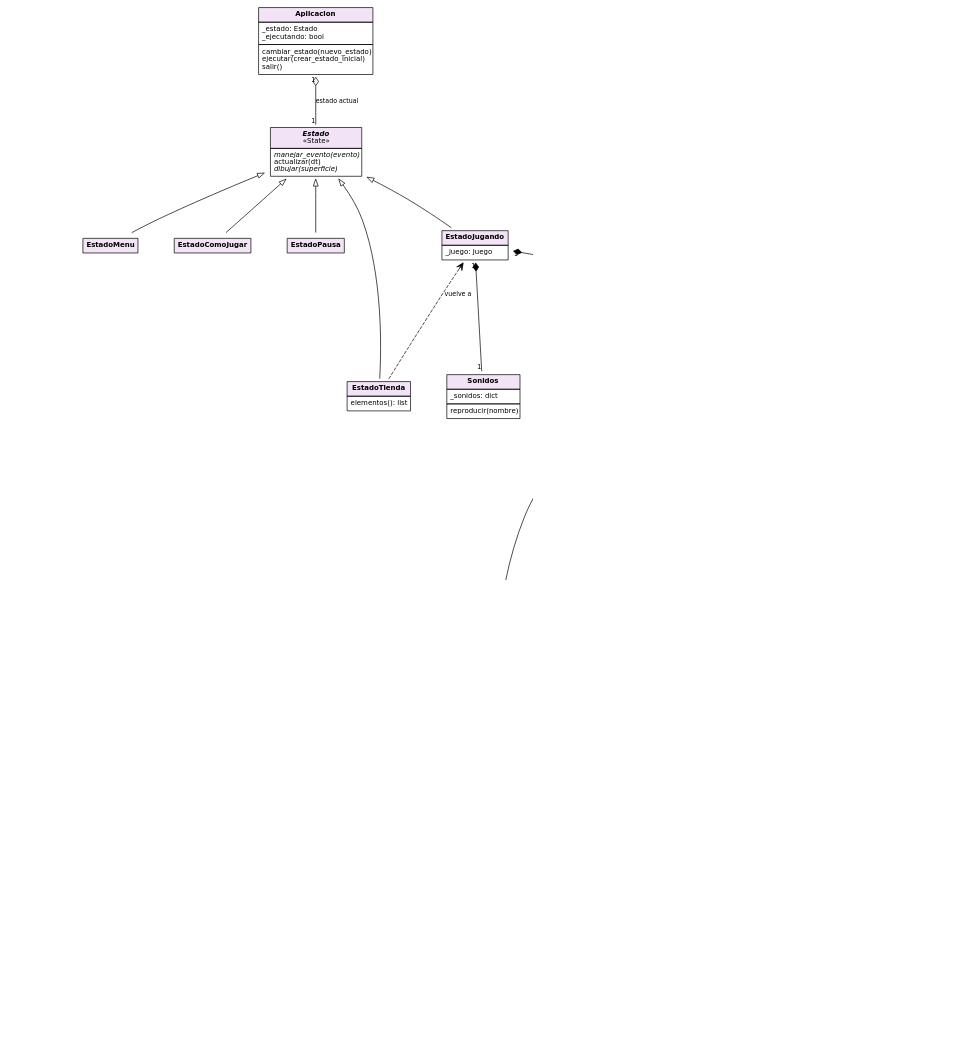
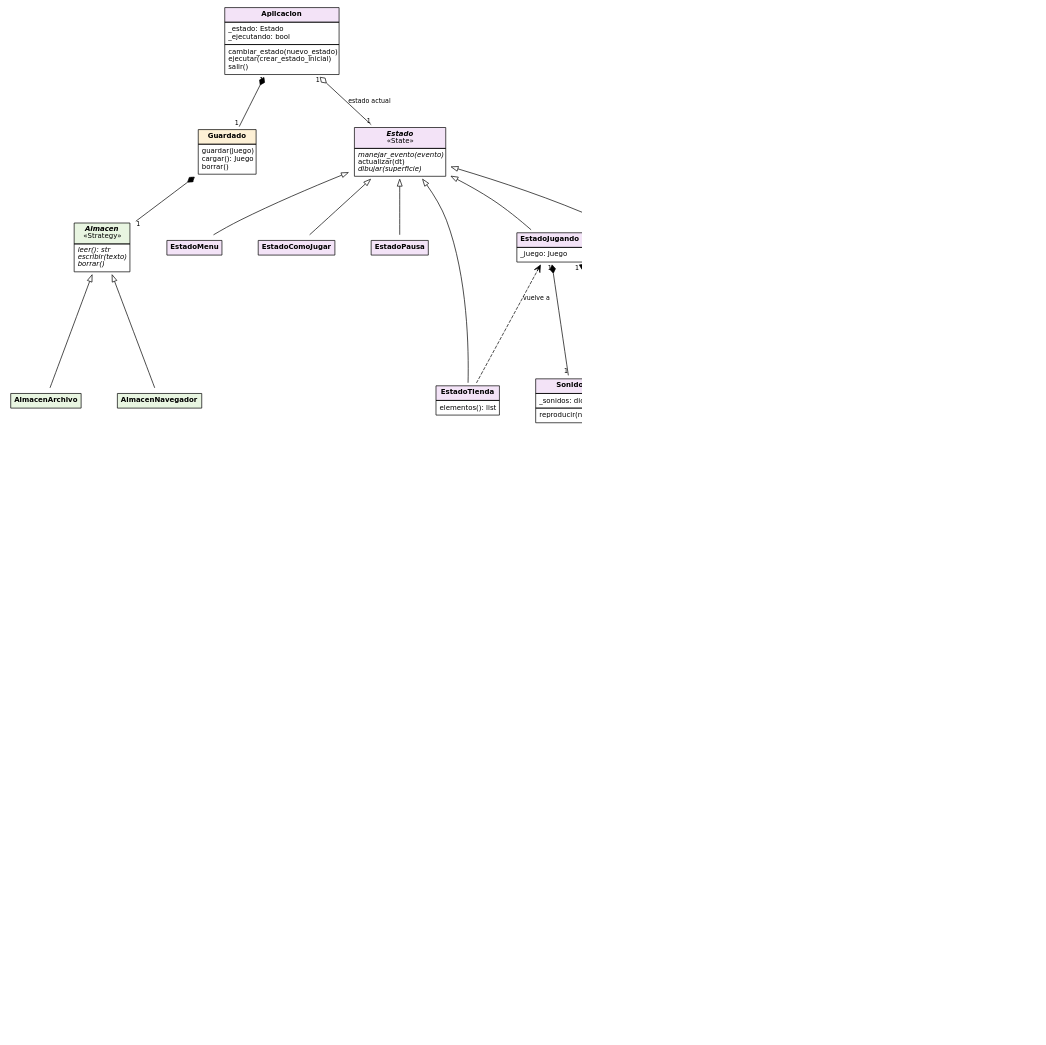
One commit to mastercelta/lpa1-taller-videojuegos changed the diagram in docs/diagrama_clases.dot. Above: the diagram before and after it, drawn with Graphviz. The commit also changed 2 other files, not shown here.

Commit message:
diagrama y README: EstadoIntro, Guardado y almacenes (Strategy)
Claude-Session: https://claude.ai/code/session_012rGapGVKsZqid5Cvb7fXWu

```diff
--- a/docs/diagrama_clases.dot
+++ b/docs/diagrama_clases.dot
@@ -1,116 +1,123 @@
 digraph Clases {
     graph [rankdir=BT, splines=true, nodesep=0.5, ranksep=0.8, fontname="DejaVu Sans", dpi=130];
     node  [shape=plaintext, fontname="DejaVu Sans", fontsize=10];
     edge  [fontname="DejaVu Sans", fontsize=9];
 
     Entidad [label=<<table border="0" cellborder="1" cellspacing="0" cellpadding="4">
         <tr><td bgcolor="#dae6f8"><i><b>Entidad</b></i><br/>«abstracta»</td></tr>
         <tr><td align="left">_nombre: str<br align="left"/>_vida: int<br align="left"/>_ataque: int<br align="left"/>_defensa: int<br align="left"/>_x, _y: int<br align="left"/>_direccion: str<br align="left"/></td></tr>
         <tr><td align="left">mover(dx, dy)<br align="left"/>mirar(dx, dy)<br align="left"/>recibir_daño(cantidad): int<br align="left"/>curar(cantidad)<br align="left"/>esta_vivo(): bool<br align="left"/>intentar_esquivar(probabilidad): bool<br align="left"/><i>describir(): str</i><br align="left"/></td></tr></table>>];
 
     Personaje [label=<<table border="0" cellborder="1" cellspacing="0" cellpadding="4">
         <tr><td bgcolor="#dae6f8"><b>Personaje</b></td></tr>
         <tr><td align="left">_nivel: int<br align="left"/>_experiencia: int<br align="left"/>_inventario: list[Objeto]<br align="left"/>_puntos_commit: int<br align="left"/>_armamento_equipado: list[Armamento]<br align="left"/>_puntos_commit_ganados: int<br align="left"/></td></tr>
         <tr><td align="left">recolectar(objeto)<br align="left"/>ganar_experiencia(cantidad): bool<br align="left"/>ganar_puntos_commit(cantidad)<br align="left"/>gastar_puntos_commit(cantidad): bool<br align="left"/>equipar(armamento)<br align="left"/>describir(): str<br align="left"/></td></tr></table>>];
 
     Enemigo [label=<<table border="0" cellborder="1" cellspacing="0" cellpadding="4">
         <tr><td bgcolor="#dae6f8"><b>Enemigo</b></td></tr>
         <tr><td align="left">_tipo: str<br align="left"/>_experiencia_otorgada: int<br align="left"/>_puntos_commit_otorgados: int<br align="left"/>_comportamiento: Comportamiento<br align="left"/></td></tr>
         <tr><td align="left">comportamiento_por_defecto(): Comportamiento<br align="left"/>vuela(): bool<br align="left"/>describir(): str<br align="left"/></td></tr></table>>];
 
     EnemigoBug [label=<<table border="0" cellborder="1" cellspacing="0" cellpadding="4">
         <tr><td bgcolor="#dae6f8"><b>EnemigoBug</b></td></tr>
         <tr><td align="left">DEBILIDAD: str<br align="left"/></td></tr>
         <tr><td align="left">es_debil_contra(nombre_arma): bool<br align="left"/></td></tr></table>>];
 
     Bugs [label=<<table border="0" cellborder="1" cellspacing="0" cellpadding="4">
         <tr><td bgcolor="#dae6f8"><b>EnemigoNullPointer · EnemigoBucleInfinito<br/>EnemigoVariableGlobal · EnemigoMemoryLeak</b></td></tr>
         <tr><td align="left">DEBILIDAD heredada o sobrescrita<br align="left"/></td></tr></table>>];
 
     EnemigoJefe [label=<<table border="0" cellborder="1" cellspacing="0" cellpadding="4">
         <tr><td bgcolor="#dae6f8"><b>EnemigoJefe</b></td></tr>
         <tr><td align="left">comportamiento_por_defecto(): Quieto<br align="left"/></td></tr></table>>];
 
     Objeto [label=<<table border="0" cellborder="1" cellspacing="0" cellpadding="4">
         <tr><td bgcolor="#dae6f8"><i><b>Objeto</b></i><br/>«abstracta»</td></tr>
         <tr><td align="left">_nombre: str<br align="left"/>_descripcion: str<br align="left"/></td></tr>
         <tr><td align="left"><i>describir(): str</i><br align="left"/></td></tr></table>>];
 
     Tesoro [label=<<table border="0" cellborder="1" cellspacing="0" cellpadding="4">
         <tr><td bgcolor="#dae6f8"><b>Tesoro</b></td></tr>
         <tr><td align="left">_valor_monetario: int<br align="left"/></td></tr></table>>];
 
     TrampaExplosiva [label=<<table border="0" cellborder="1" cellspacing="0" cellpadding="4">
         <tr><td bgcolor="#dae6f8"><b>TrampaExplosiva</b></td></tr>
         <tr><td align="left">_alcance_explosion: int<br align="left"/>_daño_explosion: int<br align="left"/></td></tr>
         <tr><td align="left">explotar(objetivos): dict<br align="left"/></td></tr></table>>];
 
     Armamento [label=<<table border="0" cellborder="1" cellspacing="0" cellpadding="4">
         <tr><td bgcolor="#dae6f8"><b>Armamento</b></td></tr>
         <tr><td align="left">_aumento_ataque: int<br align="left"/>_aumento_defensa: int<br align="left"/>_precio_compra: int<br align="left"/>_precio_venta: int<br align="left"/>_nivel_requerido: int<br align="left"/></td></tr></table>>];
 
     Comportamiento [label=<<table border="0" cellborder="1" cellspacing="0" cellpadding="4">
         <tr><td bgcolor="#e8f5e1"><i><b>Comportamiento</b></i><br/>«Strategy»</td></tr>
         <tr><td align="left"><i>decidir(desde, jugador, puede_ir): tuple</i><br align="left"/></td></tr></table>>];
     Quieto [label=<<table border="0" cellborder="1" cellspacing="0" cellpadding="4"><tr><td bgcolor="#e8f5e1"><b>Quieto</b></td></tr></table>>];
     Patrullar [label=<<table border="0" cellborder="1" cellspacing="0" cellpadding="4"><tr><td bgcolor="#e8f5e1"><b>Patrullar</b></td></tr><tr><td align="left">_horizontal: bool<br align="left"/></td></tr></table>>];
     Perseguir [label=<<table border="0" cellborder="1" cellspacing="0" cellpadding="4"><tr><td bgcolor="#e8f5e1"><b>Perseguir</b></td></tr><tr><td align="left">_radio: int<br align="left"/></td></tr></table>>];
 
     Juego [label=<<table border="0" cellborder="1" cellspacing="0" cellpadding="4">
         <tr><td bgcolor="#fdf0d5"><b>Juego</b></td></tr>
         <tr><td align="left">_escenario: Escenario<br align="left"/>_personaje: Personaje<br align="left"/>_tienda: Tienda<br align="left"/>_jefe: EnemigoJefe<br align="left"/>_mensaje: str<br align="left"/>_resultado: str<br align="left"/>_eventos: list[str]<br align="left"/></td></tr>
         <tr><td align="left">mover(dx, dy)<br align="left"/>actualizar(dt)<br align="left"/>mover_enemigos()<br align="left"/>comprar(armamento): str<br align="left"/>vender(armamento): str<br align="left"/>equipar(armamento): str<br align="left"/>activar_trampa(): str<br align="left"/>tomar_eventos(): list<br align="left"/>terminado(): bool<br align="left"/></td></tr></table>>];
 
     Escenario [label=<<table border="0" cellborder="1" cellspacing="0" cellpadding="4">
         <tr><td bgcolor="#fdf0d5"><b>Escenario</b></td></tr>
         <tr><td align="left">_ancho, _alto: int<br align="left"/>_enemigos: dict<br align="left"/>_objetos: dict<br align="left"/>_zona_venta: tuple<br align="left"/>_celdas_visitadas: set<br align="left"/>_celdas_reveladas: set<br align="left"/>_obstaculos: set<br align="left"/></td></tr>
         <tr><td align="left">generar(zona_venta, reservadas)<br align="left"/>distribuir_enemigos(enemigos)<br align="left"/>distribuir_objetos(objetos)<br align="left"/>puede_ocupar(pos, vuela): bool<br align="left"/>porcentaje_explorado(): float<br align="left"/>colocar_obstaculos(cantidad)<br align="left"/>revelada(pos): bool<br align="left"/></td></tr></table>>];
 
     Tienda [label=<<table border="0" cellborder="1" cellspacing="0" cellpadding="4">
         <tr><td bgcolor="#fdf0d5"><b>Tienda</b></td></tr>
         <tr><td align="left">_catalogo: list[Armamento]<br align="left"/></td></tr>
         <tr><td align="left">catalogo_para_nivel(nivel): list<br align="left"/>comprar(personaje, armamento): str<br align="left"/>vender(personaje, armamento): str<br align="left"/></td></tr></table>>];
 
     Combate [label=<<table border="0" cellborder="1" cellspacing="0" cellpadding="4">
         <tr><td bgcolor="#fdf0d5"><b>Combate</b></td></tr>
         <tr><td align="left">atacar(atacante, defensor): dict<br align="left"/>usar_trampa(trampa, objetivos): dict<br align="left"/>resolver_combate_enemigo(personaje, enemigo): list<br align="left"/></td></tr></table>>];
 
     Aplicacion [label=<<table border="0" cellborder="1" cellspacing="0" cellpadding="4">
         <tr><td bgcolor="#f3e3f7"><b>Aplicacion</b></td></tr>
         <tr><td align="left">_estado: Estado<br align="left"/>_ejecutando: bool<br align="left"/></td></tr>
         <tr><td align="left">cambiar_estado(nuevo_estado)<br align="left"/>ejecutar(crear_estado_inicial)<br align="left"/>salir()<br align="left"/></td></tr></table>>];
 
     Estado [label=<<table border="0" cellborder="1" cellspacing="0" cellpadding="4">
         <tr><td bgcolor="#f3e3f7"><i><b>Estado</b></i><br/>«State»</td></tr>
         <tr><td align="left"><i>manejar_evento(evento)</i><br align="left"/>actualizar(dt)<br align="left"/><i>dibujar(superficie)</i><br align="left"/></td></tr></table>>];
     EstadoMenu [label=<<table border="0" cellborder="1" cellspacing="0" cellpadding="4"><tr><td bgcolor="#f3e3f7"><b>EstadoMenu</b></td></tr></table>>];
     EstadoComoJugar [label=<<table border="0" cellborder="1" cellspacing="0" cellpadding="4"><tr><td bgcolor="#f3e3f7"><b>EstadoComoJugar</b></td></tr></table>>];
     EstadoJugando [label=<<table border="0" cellborder="1" cellspacing="0" cellpadding="4"><tr><td bgcolor="#f3e3f7"><b>EstadoJugando</b></td></tr><tr><td align="left">_juego: Juego<br align="left"/></td></tr></table>>];
     EstadoPausa [label=<<table border="0" cellborder="1" cellspacing="0" cellpadding="4"><tr><td bgcolor="#f3e3f7"><b>EstadoPausa</b></td></tr></table>>];
     EstadoTienda [label=<<table border="0" cellborder="1" cellspacing="0" cellpadding="4"><tr><td bgcolor="#f3e3f7"><b>EstadoTienda</b></td></tr><tr><td align="left">elementos(): list<br align="left"/></td></tr></table>>];
+    EstadoIntro [label=<<table border="0" cellborder="1" cellspacing="0" cellpadding="4"><tr><td bgcolor="#f3e3f7"><b>EstadoIntro</b></td></tr><tr><td align="left">_dialogos: list<br align="left"/></td></tr></table>>];
+    Guardado [label=<<table border="0" cellborder="1" cellspacing="0" cellpadding="4"><tr><td bgcolor="#fdf0d5"><b>Guardado</b></td></tr><tr><td align="left">guardar(juego)<br align="left"/>cargar(): Juego<br align="left"/>borrar()<br align="left"/></td></tr></table>>];
+    Almacen [label=<<table border="0" cellborder="1" cellspacing="0" cellpadding="4"><tr><td bgcolor="#e8f5e1"><i><b>Almacen</b></i><br/>«Strategy»</td></tr><tr><td align="left"><i>leer(): str</i><br align="left"/><i>escribir(texto)</i><br align="left"/><i>borrar()</i><br align="left"/></td></tr></table>>];
+    AlmacenArchivo [label=<<table border="0" cellborder="1" cellspacing="0" cellpadding="4"><tr><td bgcolor="#e8f5e1"><b>AlmacenArchivo</b></td></tr></table>>];
+    AlmacenNavegador [label=<<table border="0" cellborder="1" cellspacing="0" cellpadding="4"><tr><td bgcolor="#e8f5e1"><b>AlmacenNavegador</b></td></tr></table>>];
     Sonidos [label=<<table border="0" cellborder="1" cellspacing="0" cellpadding="4"><tr><td bgcolor="#f3e3f7"><b>Sonidos</b></td></tr><tr><td align="left">_sonidos: dict<br align="left"/></td></tr><tr><td align="left">reproducir(nombre)<br align="left"/></td></tr></table>>];
 
     edge [arrowhead=empty];
     Personaje -> Entidad; Enemigo -> Entidad;
     EnemigoBug -> Enemigo; Bugs -> EnemigoBug; EnemigoJefe -> EnemigoBug;
     Tesoro -> Objeto; TrampaExplosiva -> Objeto; Armamento -> Objeto;
     Quieto -> Comportamiento; Patrullar -> Comportamiento; Perseguir -> Comportamiento;
-    EstadoMenu -> Estado; EstadoComoJugar -> Estado; EstadoJugando -> Estado; EstadoPausa -> Estado; EstadoTienda -> Estado;
+    EstadoMenu -> Estado; EstadoComoJugar -> Estado; EstadoJugando -> Estado; EstadoPausa -> Estado; EstadoTienda -> Estado; EstadoIntro -> Estado; AlmacenArchivo -> Almacen; AlmacenNavegador -> Almacen;
 
     edge [arrowhead=none, dir=back];
     Comportamiento -> Enemigo [arrowhead=diamond, dir=forward, headlabel="1", taillabel="1"];
     Escenario -> Juego [arrowhead=diamond, dir=forward, headlabel="1", taillabel="1"];
     Personaje -> Juego [arrowhead=diamond, dir=forward, headlabel="1", taillabel="1"];
     Tienda -> Juego [arrowhead=diamond, dir=forward, headlabel="1", taillabel="1"];
     Enemigo -> Escenario [arrowhead=odiamond, dir=forward, headlabel="1", taillabel="0..*"];
     Objeto -> Escenario [arrowhead=odiamond, dir=forward, headlabel="1", taillabel="0..*"];
     Objeto -> Personaje [arrowhead=odiamond, dir=forward, headlabel="1", taillabel="0..*", label="inventario"];
     Armamento -> Tienda [arrowhead=odiamond, dir=forward, headlabel="1", taillabel="1..*", label="catálogo"];
     Estado -> Aplicacion [arrowhead=odiamond, dir=forward, headlabel="1", taillabel="1", label="estado actual"];
     Juego -> EstadoJugando [arrowhead=diamond, dir=forward, headlabel="1", taillabel="1"];
+    Guardado -> Aplicacion [arrowhead=diamond, dir=forward, headlabel="1", taillabel="1"];
+    Almacen -> Guardado [arrowhead=diamond, dir=forward, headlabel="1", taillabel="1"];
     Sonidos -> EstadoJugando [arrowhead=diamond, dir=forward, headlabel="1", taillabel="1"];
 
     edge [arrowhead=vee, dir=forward, style=dashed, arrowtail=none];
     Juego -> Combate [label="usa"];
     EstadoTienda -> EstadoJugando [label="vuelve a"];
 }
```
